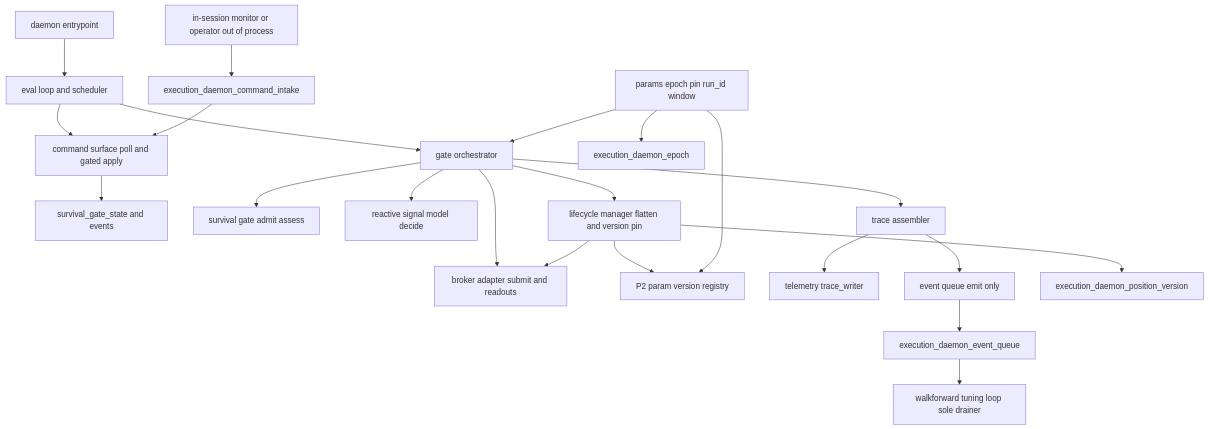
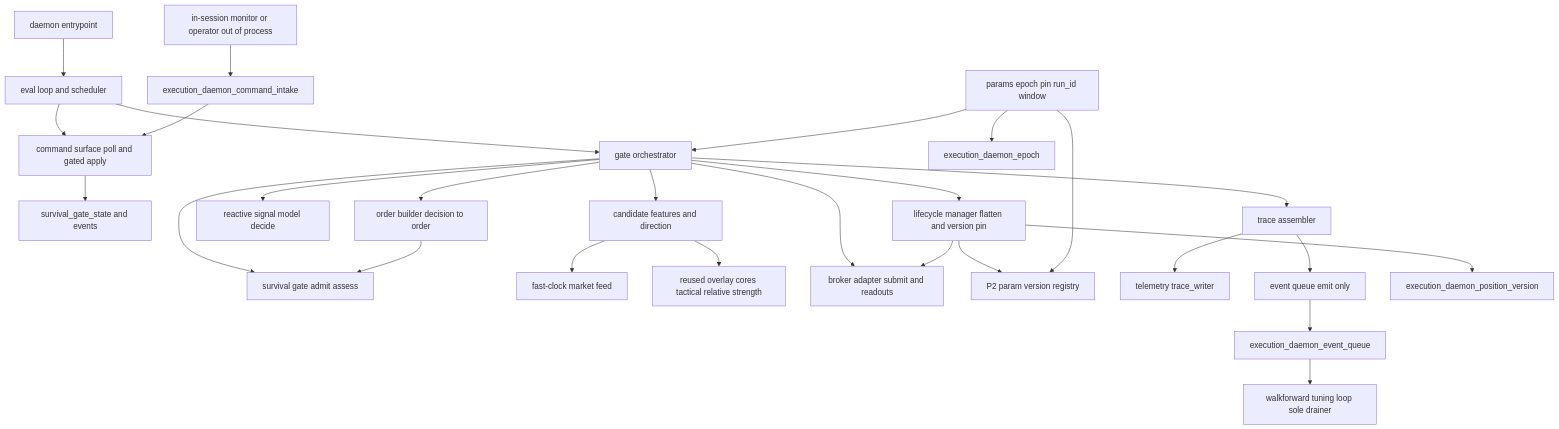
The first of 3 diagrams in .kiro/specs/execution-daemon/design.md (saehoon0501/equity-research-system), drawn with Mermaid before and after one commit. The commit also changed other lines of this file and 3 other files, not shown here.

````diff
--- a/.kiro/specs/execution-daemon/design.md
+++ b/.kiro/specs/execution-daemon/design.md
@@ -73,24 +80,29 @@
 ```mermaid
 graph TB
     Entry[daemon entrypoint] --> Loop
     Loop[eval loop and scheduler] --> Orch
     Loop --> Commands
     Commander[in-session monitor or operator out of process] --> Intake[execution_daemon_command_intake]
     Intake --> Commands
     Commands[command surface poll and gated apply] --> OpState[survival_gate_state and events]
     Orch[gate orchestrator] --> Survival[survival gate admit assess]
+    Orch --> Candidate[candidate features and direction]
+    Candidate --> Feed[fast-clock market feed]
+    Candidate --> Overlays[reused overlay cores tactical relative strength]
     Orch --> Signal[reactive signal model decide]
+    Orch --> Builder[order builder decision to order]
+    Builder --> Survival
     Orch --> Broker[broker adapter submit and readouts]
     Orch --> Lifecycle
     Orch --> Assembler
     Lifecycle[lifecycle manager flatten and version pin] --> Broker
     Lifecycle --> Registry[P2 param version registry]
     Assembler[trace assembler] --> Writer[telemetry trace_writer]
     Assembler --> EventQ
     EventQ[event queue emit only] --> QTable[execution_daemon_event_queue]
     QTable --> Tuner[walkforward tuning loop sole drainer]
     Lifecycle --> PVTable[execution_daemon_position_version]
     Params[params epoch pin run_id window] --> Orch
     Params --> Epoch[execution_daemon_epoch]
     Params --> Registry
 ```
````
